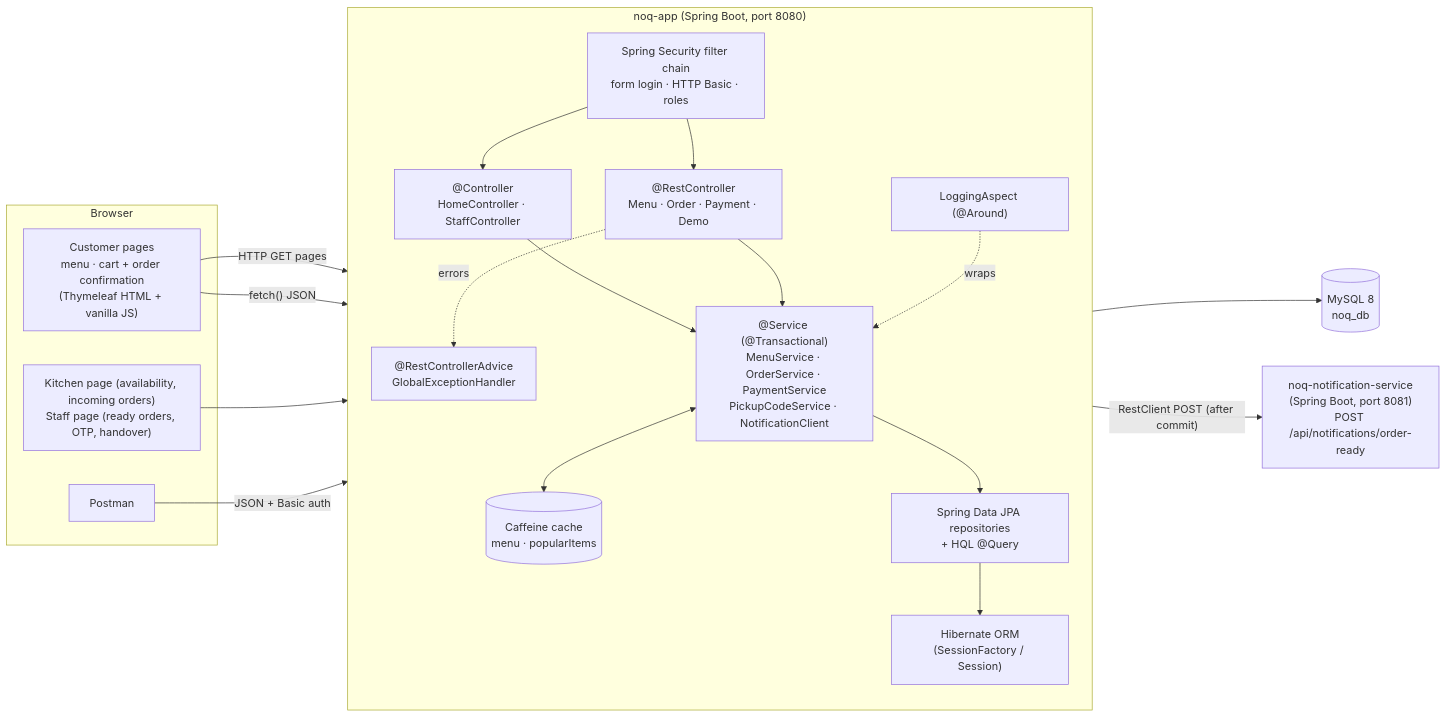
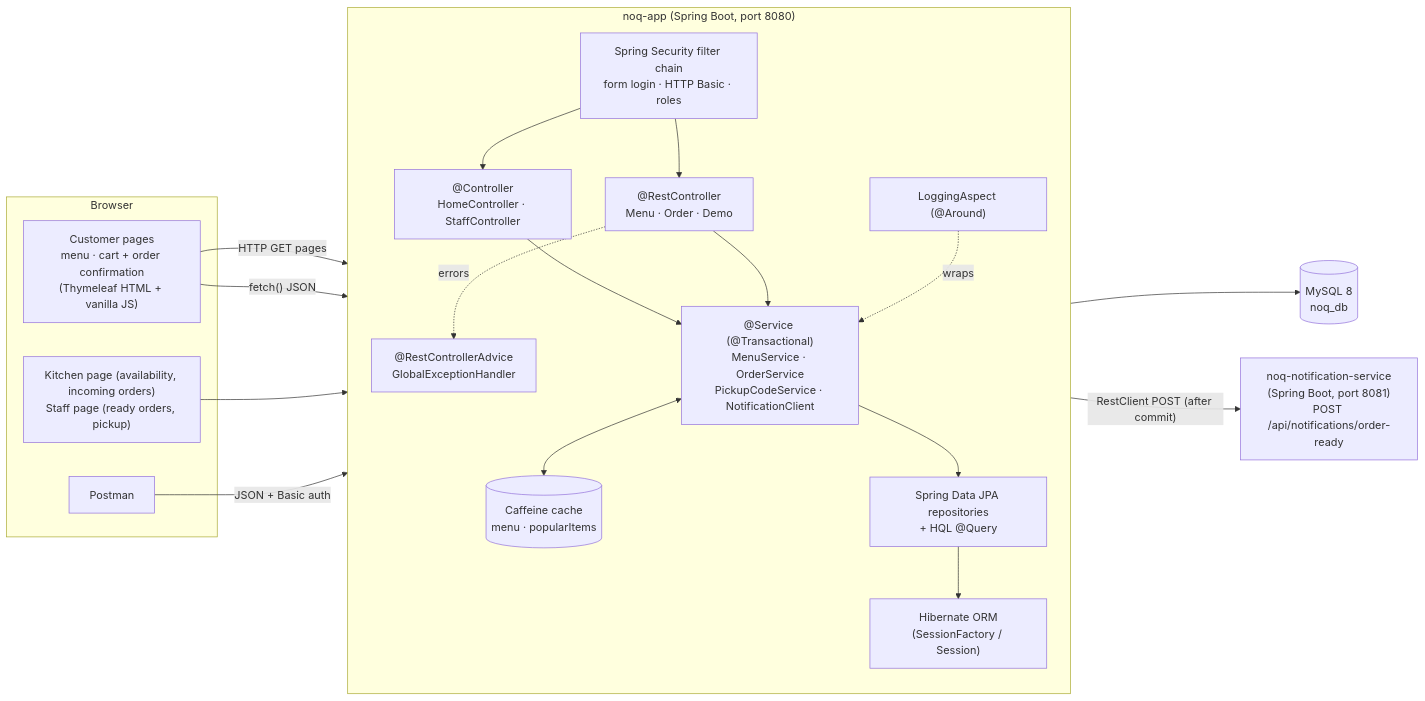
Before and after one commit to Arun-N-M-07/NoQ: the first of 6 diagrams in docs/ARCHITECTURE.md, drawn with Mermaid. The commit also changed other lines of this file and 45 other files, not shown here.

````diff
--- a/docs/ARCHITECTURE.md
+++ b/docs/ARCHITECTURE.md
@@ -7,38 +7,38 @@
 ```mermaid
 flowchart LR
     subgraph Browser
         C["Customer pages<br/>menu · cart + order confirmation<br/>(Thymeleaf HTML + vanilla JS)"]
-        S["Kitchen page (availability, incoming orders)<br/>Staff page (ready orders, OTP, handover)"]
+        S["Kitchen page (availability, incoming orders)<br/>Staff page (ready orders, pickup)"]
         P["Postman"]
     end
 
     subgraph APP["noq-app  (Spring Boot, port 8080)"]
         direction TB
         SEC["Spring Security filter chain<br/>form login · HTTP Basic · roles"]
         MVC["@Controller<br/>HomeController · StaffController"]
-        REST["@RestController<br/>Menu · Order · Payment · Demo"]
+        REST["@RestController<br/>Menu · Order · Demo"]
         ADV["@RestControllerAdvice<br/>GlobalExceptionHandler"]
-        SVC["@Service (@Transactional)<br/>MenuService · OrderService · PaymentService<br/>PickupCodeService · NotificationClient"]
+        SVC["@Service (@Transactional)<br/>MenuService · OrderService<br/>PickupCodeService · NotificationClient"]
         AOP["LoggingAspect (@Around)"]
         CACHE[("Caffeine cache<br/>menu · popularItems")]
         REPO["Spring Data JPA repositories<br/>+ HQL @Query"]
         HIB["Hibernate ORM<br/>(SessionFactory / Session)"]
     end
 
     DB[("MySQL 8<br/>noq_db")]
     NS["noq-notification-service<br/>(Spring Boot, port 8081)<br/>POST /api/notifications/order-ready"]
 
     C -- "HTTP GET pages" --> SEC
     C -- "fetch() JSON" --> SEC
     S --> SEC
     P -- "JSON + Basic auth" --> SEC
     SEC --> MVC
     SEC --> REST
     REST -.errors.-> ADV
     MVC --> SVC
     REST --> SVC
     AOP -. wraps .-> SVC
     SVC <--> CACHE
     SVC --> REPO --> HIB --> DB
     SVC -- "RestClient POST (after commit)" --> NS
 ```
````
